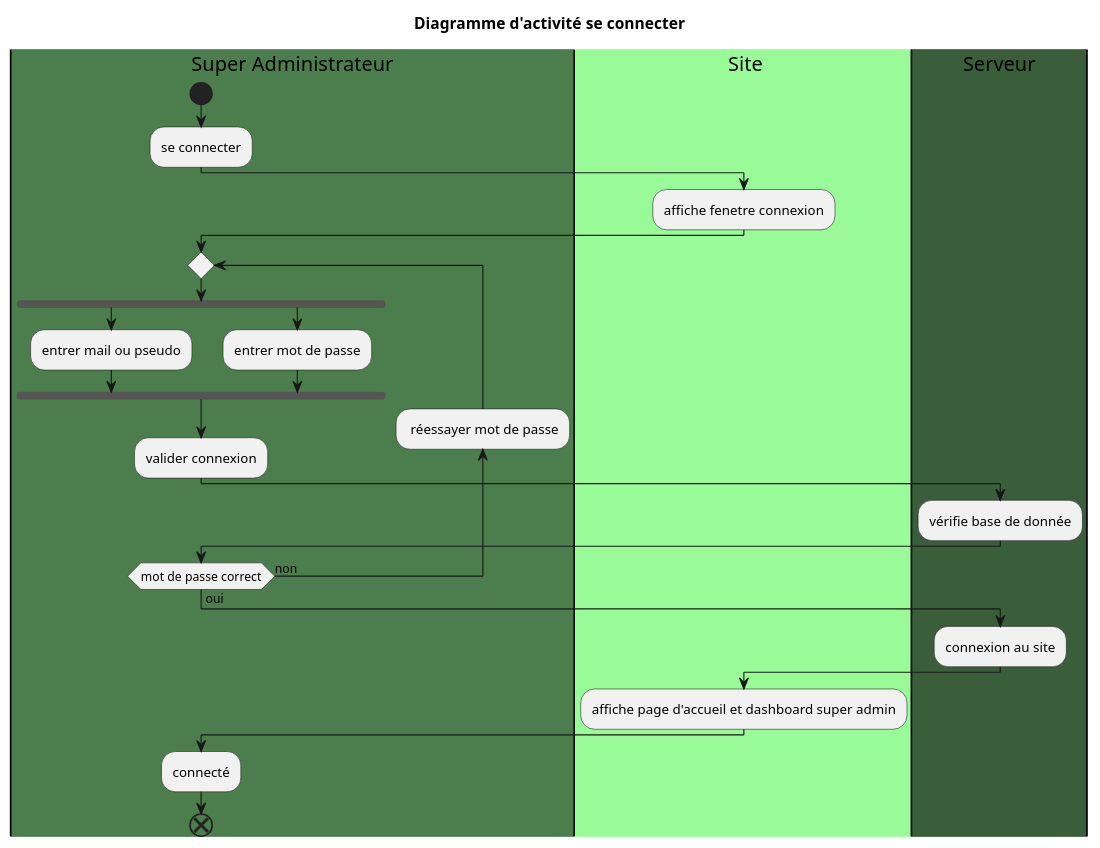
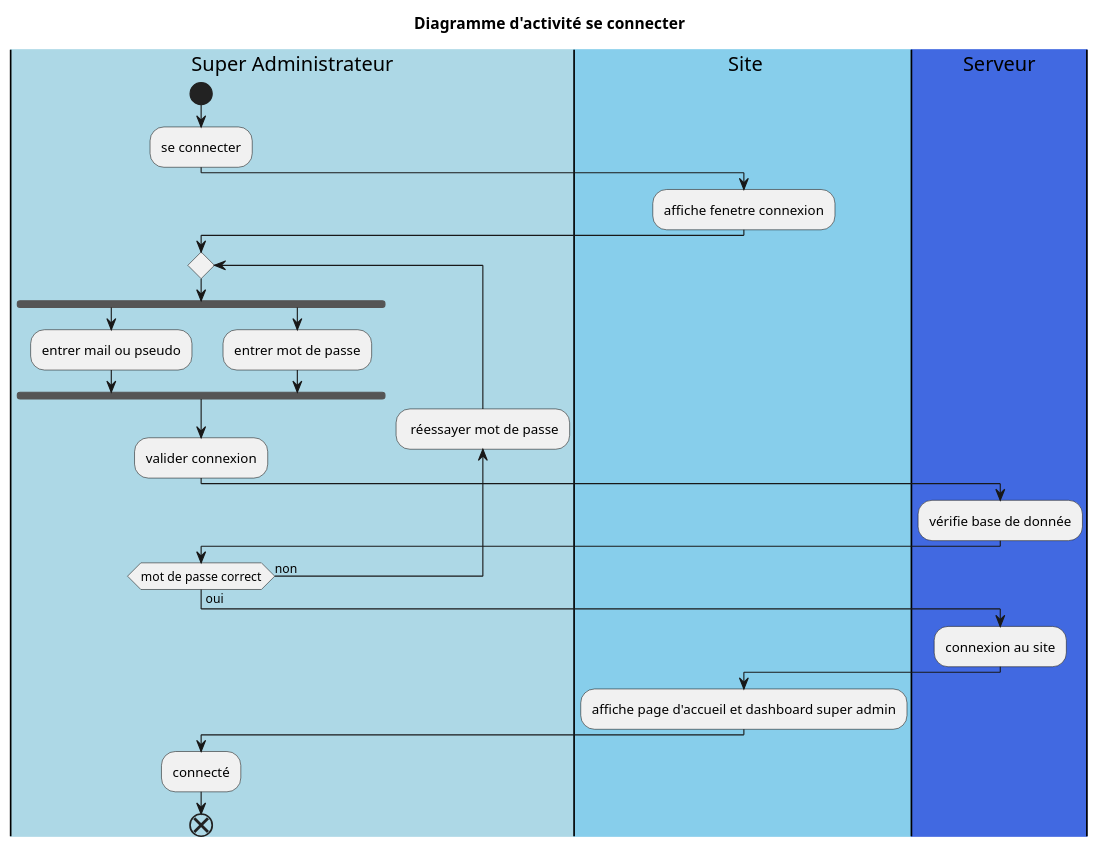
The first of 7 diagrams in useCase/diagActivitéSuperAdmin.puml (remip03/eduZouZou), drawn with PlantUML before and after one commit. The commit also changed other lines of this file and 2 other files, not shown here.

```diff
--- a/useCase/diagActivitéSuperAdmin.puml
+++ b/useCase/diagActivitéSuperAdmin.puml
@@ -1,45 +1,39 @@
 @startuml Accueil
 title "Diagramme d'activité se connecter"
-|#4C7D4C|Super Administrateur|
-|#Palegreen|s| Site
-|#395E39|Serveur|
-
-' |#98FB98|Utilisateur|
-' |#85DC85|Parent|
-' |#72BC72|Enseignant|
-' |#5F9D5F|Administrateur|
-
+|#LightBlue|Super Administrateur|
+|#SkyBlue|s| Site
+|#RoyalBlue|Serveur|
 
    
 |Super Administrateur|
 start
 :se connecter;
 |s|
 :affiche fenetre connexion;
 |Super Administrateur|
 repeat
 fork
 :entrer mail ou pseudo;
 fork again
 :entrer mot de passe;
 end fork
 :valider connexion;
  |Serveur|
  :vérifie base de donnée;
 |Super Administrateur|
 backward: réessayer mot de passe;
 repeatwhile (mot de passe correct) is (non) not (oui)
 |Serveur|
  :connexion au site;
  |s|
  :affiche page d'accueil et dashboard super admin;
  |Super Administrateur|
  :connecté;
 
  end
 
 
 
 
 
 @enduml
```
